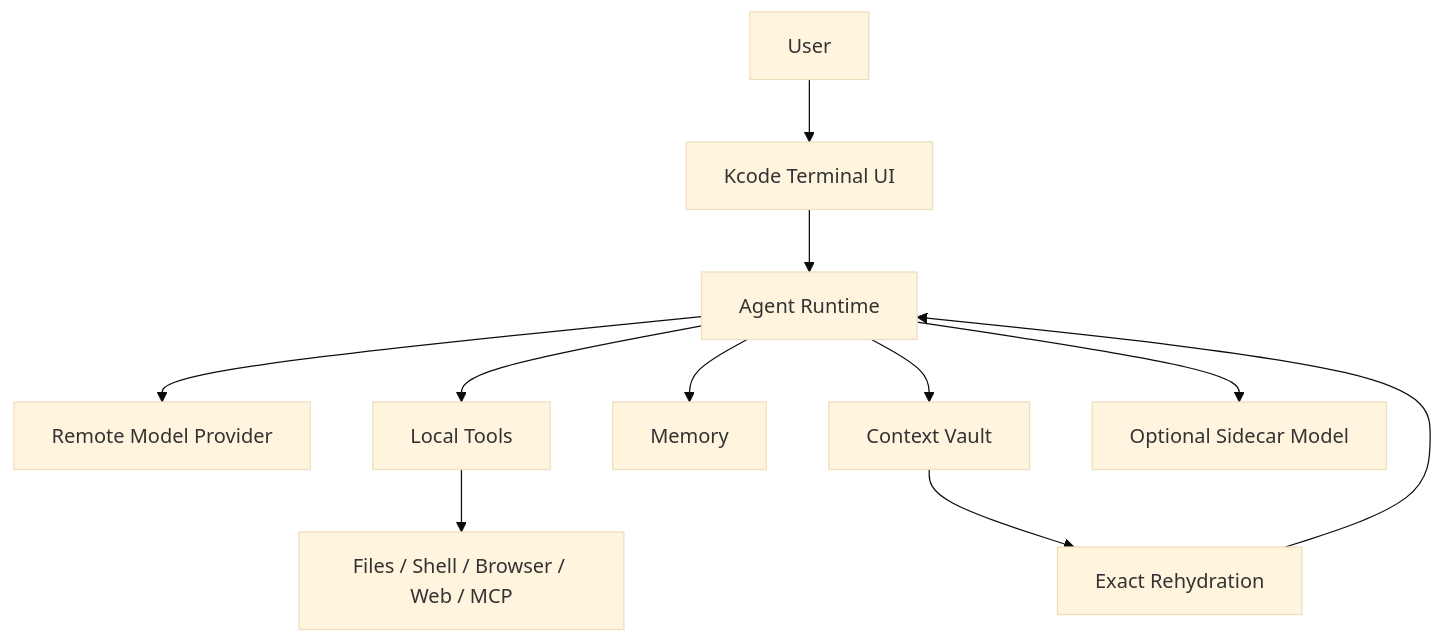
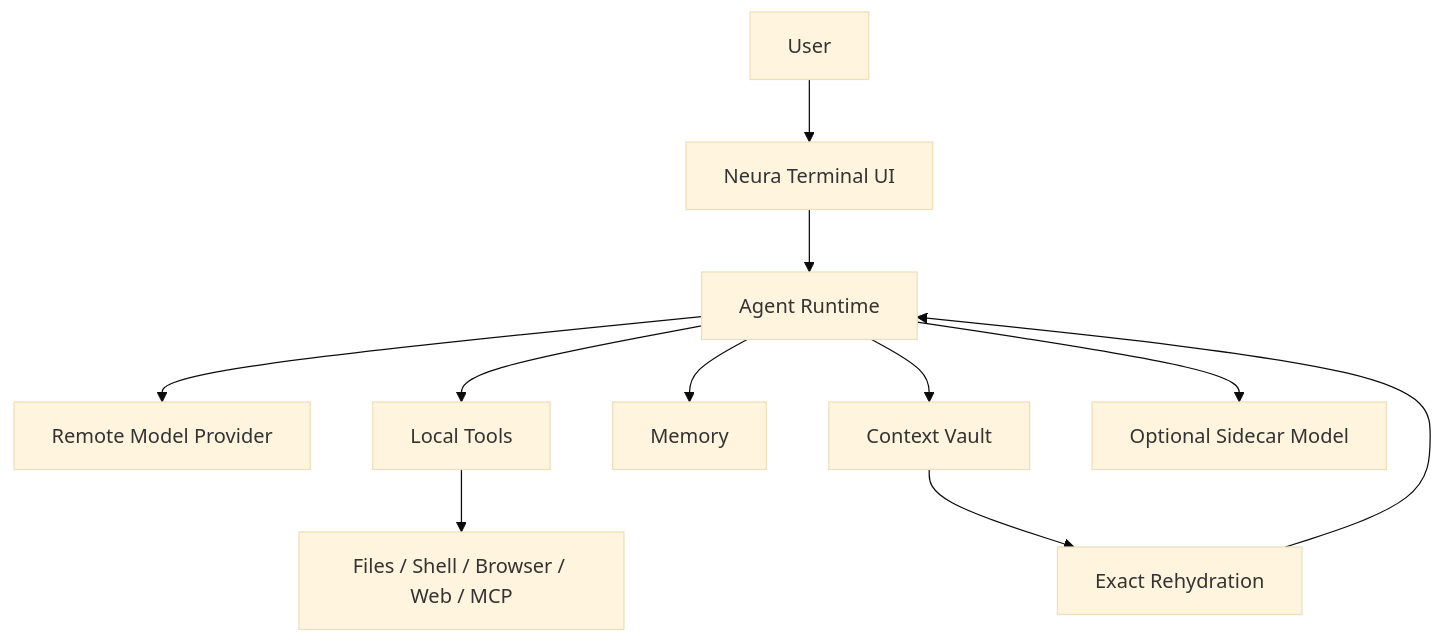
Before and after one commit to icedmoca/neura: the first of 9 diagrams in docs/ru.md, drawn with Mermaid (base theme). The commit also changed other lines of this file and 562 other files, not shown here.

Commit message:
Rename Kcode to Neura

````diff
--- a/docs/ru.md
+++ b/docs/ru.md
@@ -11,13 +11,13 @@
 ```mermaid
 flowchart TD
-    U[User] --> T[Kcode Terminal UI]
+    U[User] --> T[Neura Terminal UI]
     T --> A[Agent Runtime]
     A --> P[Remote Model Provider]
     A --> Tools[Local Tools]
     A --> M[Memory]
     A --> V[Context Vault]
     A --> S[Optional Sidecar Model]
     Tools --> FS[Files / Shell / Browser / Web / MCP]
     V --> R[Exact Rehydration]
     R --> A
 ```
````
